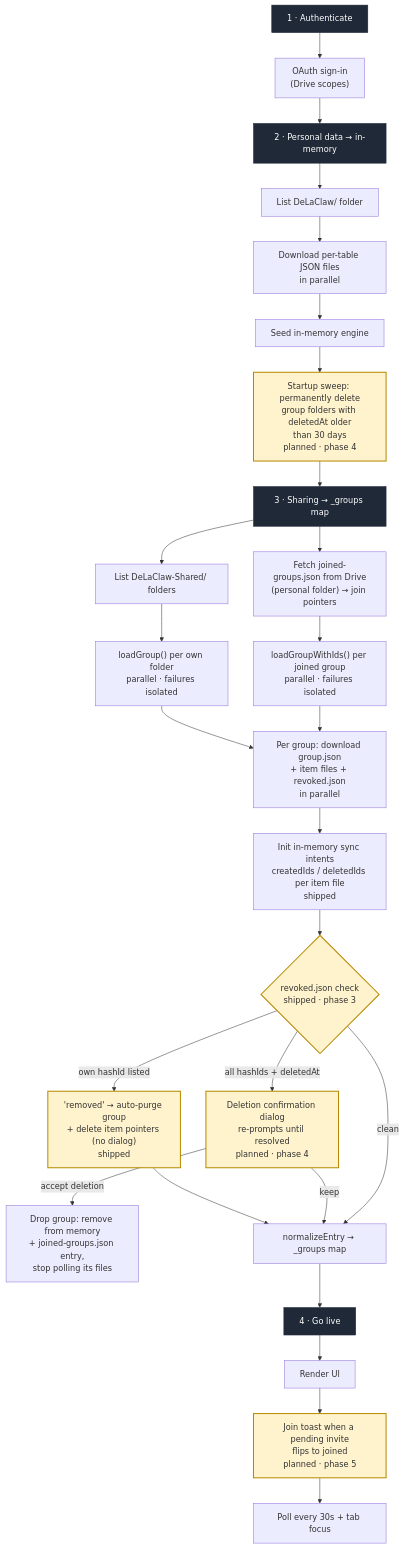
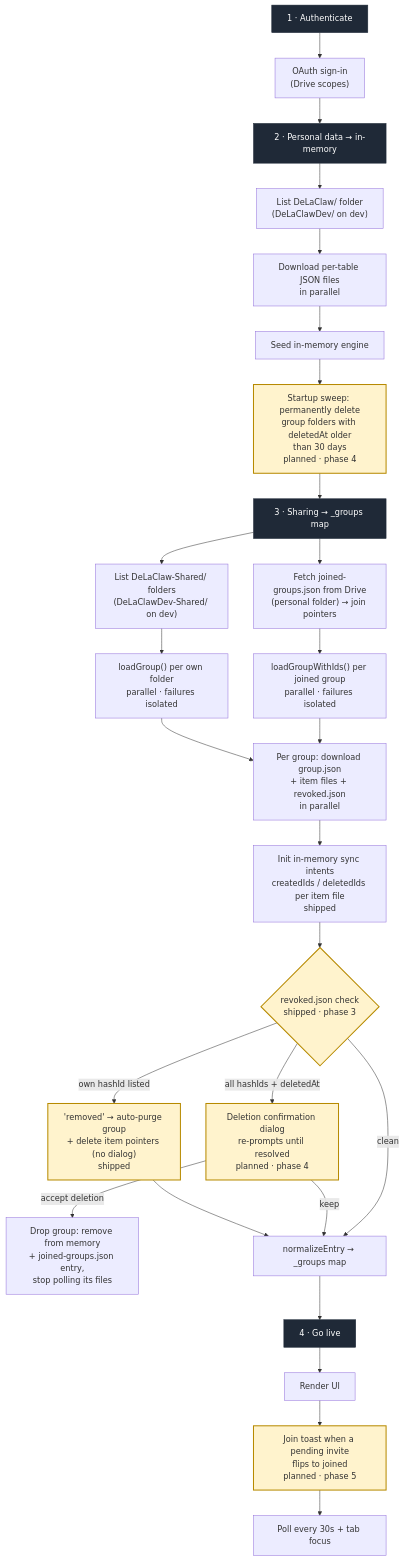
One commit to AntGro/DeLaClaw changed the second of 6 diagrams in docs-site/sync-architecture.md. Above: the diagram before and after it, drawn with Mermaid. The commit also changed other lines of this file and 15 other files, not shown here.

````diff
--- a/docs-site/sync-architecture.md
+++ b/docs-site/sync-architecture.md
@@ -42,42 +42,42 @@
 ```mermaid
 flowchart TD
     H1["1 · Authenticate"]
     OAUTH["OAuth sign-in<br/>(Drive scopes)"]
     H2["2 · Personal data → in-memory"]
-    LISTP["List DeLaClaw/ folder"]
+    LISTP["List DeLaClaw/ folder<br/>(DeLaClawDev/ on dev)"]
     DLP["Download per-table JSON files<br/>in parallel"]
     SEED["Seed in-memory engine"]
     SWEEP["Startup sweep: permanently delete<br/>group folders with deletedAt older<br/>than 30 days<br/>planned · phase 4"]
     H3["3 · Sharing → _groups map"]
     JG["Fetch joined-groups.json from Drive<br/>(personal folder) → join pointers"]
-    LISTG["List DeLaClaw-Shared/ folders"]
+    LISTG["List DeLaClaw-Shared/ folders<br/>(DeLaClawDev-Shared/ on dev)"]
     OWNG["loadGroup() per own folder<br/>parallel · failures isolated"]
     JOING["loadGroupWithIds() per joined group<br/>parallel · failures isolated"]
     FILES["Per group: download group.json<br/>+ item files + revoked.json<br/>in parallel"]
     INTENT["Init in-memory sync intents<br/>createdIds / deletedIds per item file<br/>shipped"]
     REVOKE{"revoked.json check<br/>shipped · phase 3"}
     REMOVED["'removed' → auto-purge group<br/>+ delete item pointers (no dialog)<br/>shipped"]
     DELETED["Deletion confirmation dialog<br/>re-prompts until resolved<br/>planned · phase 4"]
     PURGE["Drop group: remove from memory<br/>+ joined-groups.json entry,<br/>stop polling its files"]
     NORM["normalizeEntry → _groups map"]
     H4["4 · Go live"]
     RENDER["Render UI"]
     TOAST["Join toast when a pending invite<br/>flips to joined<br/>planned · phase 5"]
     POLL["Poll every 30s + tab focus"]
 
     H1 --> OAUTH --> H2 --> LISTP --> DLP --> SEED --> SWEEP --> H3
     H3 --> LISTG --> OWNG --> FILES
     H3 --> JG --> JOING --> FILES
     FILES --> INTENT --> REVOKE
     REVOKE -->|"own hashId listed"| REMOVED --> NORM
     REVOKE -->|"all hashIds + deletedAt"| DELETED
     DELETED -->|"keep"| NORM
     DELETED -->|"accept deletion"| PURGE
     REVOKE -->|"clean"| NORM
     NORM --> H4 --> RENDER --> TOAST --> POLL
 
     classDef section fill:#1f2937,stroke:#1f2937,color:#fff
     classDef planned fill:#fff3cd,stroke:#b78a00,stroke-width:2px
     class H1,H2,H3,H4 section
     class SWEEP,REVOKE,REMOVED,DELETED,TOAST planned
 ```
````
